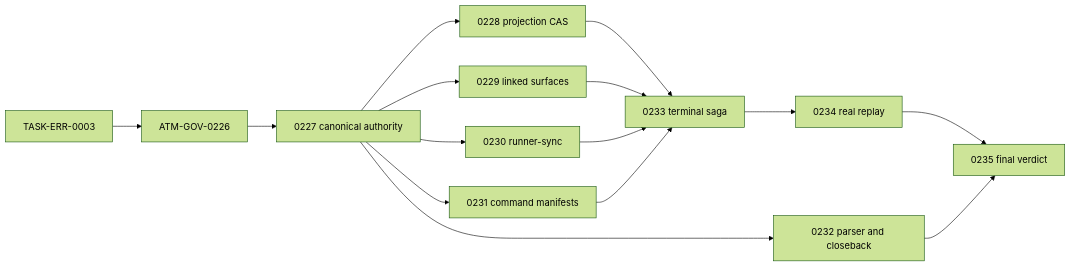
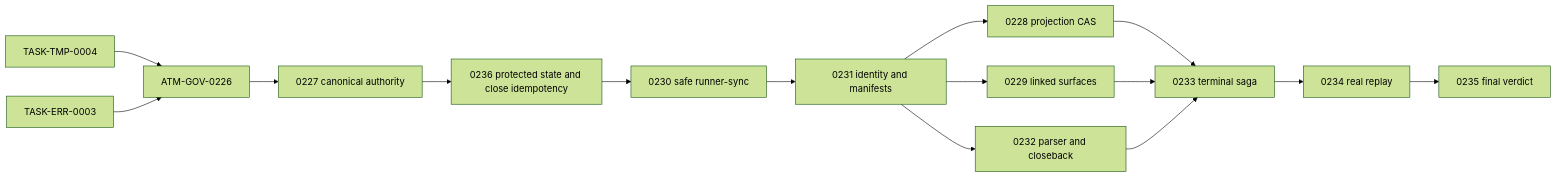
One commit to eaglhuang/3klife changed the diagram in docs/ai_atomic_framework/governance-optimization/ATM-GOV-3.0-captain-handoff-2026-07-21.md. Above: the diagram before and after it, drawn with Mermaid (forest theme). The commit also changed other lines of this file and 14 other files, not shown here.

````diff
--- a/docs/ai_atomic_framework/governance-optimization/ATM-GOV-3.0-captain-handoff-2026-07-21.md
+++ b/docs/ai_atomic_framework/governance-optimization/ATM-GOV-3.0-captain-handoff-2026-07-21.md
@@ -107,17 +112,17 @@
 ```mermaid
 flowchart LR
+  TMP["TASK-TMP-0004"] --> G226["ATM-GOV-0226"]
   ERR["TASK-ERR-0003"] --> G226["ATM-GOV-0226"]
   G226 --> G227["0227 canonical authority"]
-  G227 --> G228["0228 projection CAS"]
-  G227 --> G229["0229 linked surfaces"]
-  G227 --> G230["0230 runner-sync"]
-  G227 --> G231["0231 command manifests"]
-  G227 --> G232["0232 parser and closeback"]
+  G227 --> G236["0236 protected state and close idempotency"]
+  G236 --> G230["0230 safe runner-sync"]
+  G230 --> G231["0231 identity and manifests"]
+  G231 --> G228["0228 projection CAS"]
+  G231 --> G229["0229 linked surfaces"]
+  G231 --> G232["0232 parser and closeback"]
   G228 --> G233["0233 terminal saga"]
   G229 --> G233
-  G230 --> G233
-  G231 --> G233
+  G232 --> G233
   G233 --> G234["0234 real replay"]
   G234 --> G235["0235 final verdict"]
-  G232 --> G235
 ```
````
